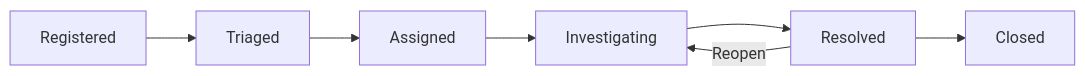
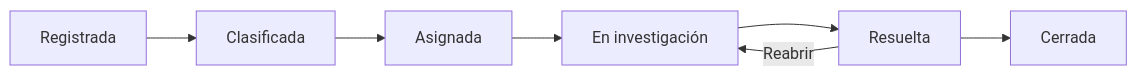
The seventh of 13 diagrams in docs/PROCESS-MAPS.md (antoniojesusdelgado/management-platform-demo), drawn with Mermaid before and after one commit. The commit also changed other lines of this file and 63 other files, not shown here.

````diff
--- a/docs/PROCESS-MAPS.md
+++ b/docs/PROCESS-MAPS.md
@@ -85,5 +85,5 @@
 ```mermaid
 flowchart LR
-  Registered --> Triaged --> Assigned --> Investigating --> Resolved --> Closed
-  Resolved -->|Reopen| Investigating
+  Registrada --> Clasificada --> Asignada --> EnInvestigacion["En investigación"] --> Resuelta --> Cerrada
+  Resuelta -->|Reabrir| EnInvestigacion
 ```
````
